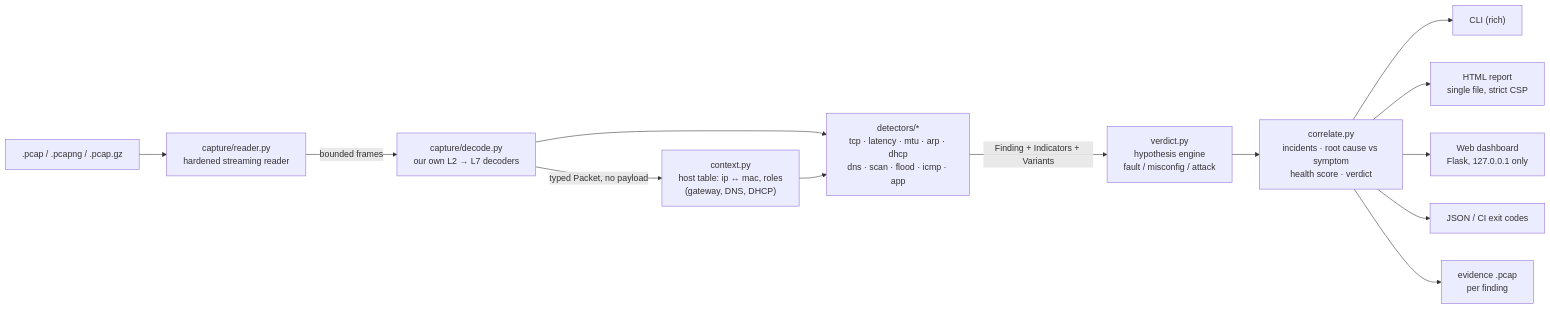
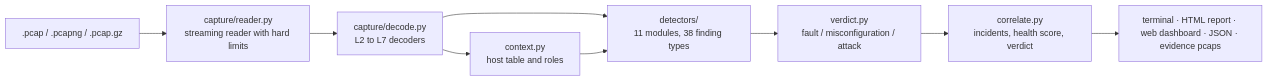
Before and after one commit to YashvanthSankar/faultline: the diagram in README.md, drawn with Mermaid. The commit also changed other lines of this file and 3 other files, not shown here.

````diff
--- a/README.md
+++ b/README.md
@@ -210,15 +106,11 @@
 ```mermaid
 flowchart LR
-    F[".pcap / .pcapng / .pcap.gz"] --> R["capture/reader.py<br/>hardened streaming reader"]
-    R -->|bounded frames| D["capture/decode.py<br/>our own L2 → L7 decoders"]
-    D -->|typed Packet, no payload| H["context.py<br/>host table: ip ↔ mac, roles<br/>(gateway, DNS, DHCP)"]
-    D --> DET["detectors/*<br/>tcp · latency · mtu · arp · dhcp<br/>dns · scan · flood · icmp · app"]
+    F[".pcap / .pcapng / .pcap.gz"] --> R["capture/reader.py<br/>streaming reader with hard limits"]
+    R --> D["capture/decode.py<br/>L2 to L7 decoders"]
+    D --> H["context.py<br/>host table and roles"]
+    D --> DET["detectors/<br/>11 modules, 38 finding types"]
     H --> DET
-    DET -->|Finding + Indicators + Variants| V["verdict.py<br/>hypothesis engine<br/>fault / misconfig / attack"]
-    V --> C["correlate.py<br/>incidents · root cause vs symptom<br/>health score · verdict"]
-    C --> CLI["CLI (rich)"]
-    C --> HTML["HTML report<br/>single file, strict CSP"]
-    C --> WEB["Web dashboard<br/>Flask, 127.0.0.1 only"]
-    C --> JSON["JSON / CI exit codes"]
-    C --> EV["evidence .pcap<br/>per finding"]
+    DET --> V["verdict.py<br/>fault / misconfiguration / attack"]
+    V --> C["correlate.py<br/>incidents, health score, verdict"]
+    C --> OUT["terminal · HTML report · web dashboard · JSON · evidence pcaps"]
 ```
````
